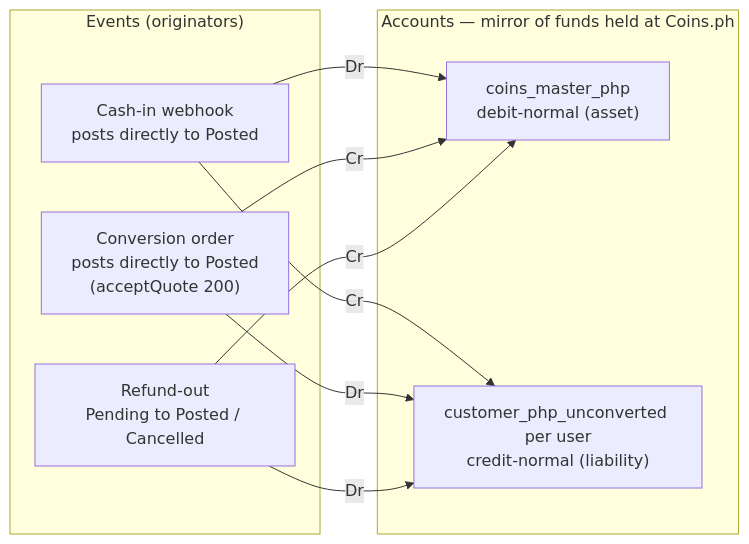
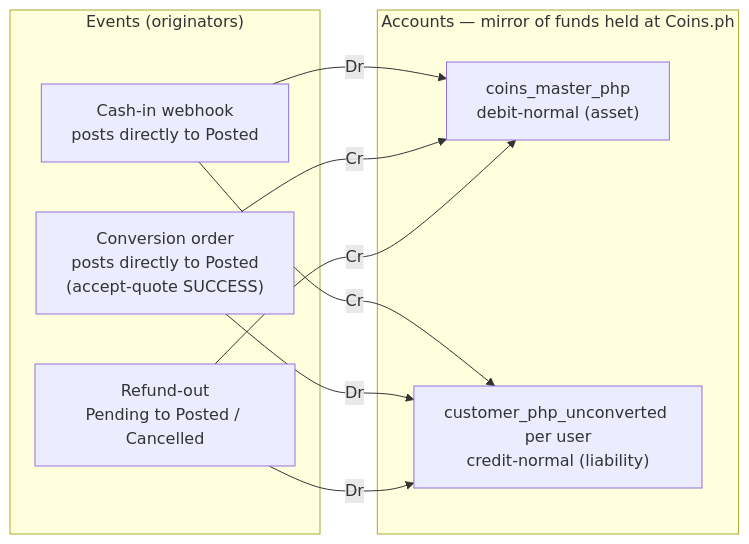
Before and after one commit to STAbraham/stablecoin-project: the diagram in tracks/c-usdc-vasp-privy/research/diagrams/ledger-postings.mmd, drawn with Mermaid. The commit also changed 5 other files, not shown here.

Commit message:
Coins.ph public REST docs read: accept-quote posts on terminal SUCCESS (TODO/PROCESSING in contract, absorbed by initiated order row — D-L10 revised); fiat/v1/cash-out confirms OQ-13 capability; OQ-3/OQ-13 partially answered in PRD status board

```diff
--- a/tracks/c-usdc-vasp-privy/research/diagrams/ledger-postings.mmd
+++ b/tracks/c-usdc-vasp-privy/research/diagrams/ledger-postings.mmd
@@ -1,16 +1,16 @@
 flowchart LR
   subgraph EVENTS["Events (originators)"]
     CI["Cash-in webhook<br/>posts directly to Posted"]
-    CV["Conversion order<br/>posts directly to Posted<br/>(acceptQuote 200)"]
+    CV["Conversion order<br/>posts directly to Posted<br/>(accept-quote SUCCESS)"]
     RF["Refund-out<br/>Pending to Posted / Cancelled"]
   end
   subgraph ACCOUNTS["Accounts — mirror of funds held at Coins.ph"]
     MA["coins_master_php<br/>debit-normal (asset)"]
     UP["customer_php_unconverted per user<br/>credit-normal (liability)"]
   end
   CI -->|"Dr"| MA
   CI -->|"Cr"| UP
   CV -->|"Dr"| UP
   CV -->|"Cr"| MA
   RF -->|"Dr"| UP
   RF -->|"Cr"| MA
```
